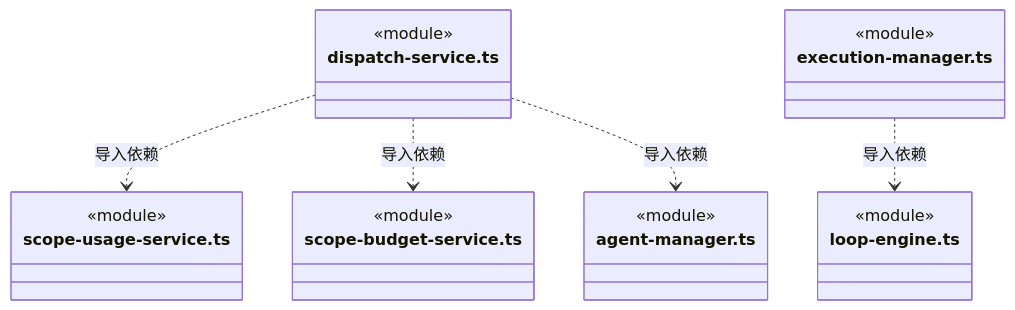
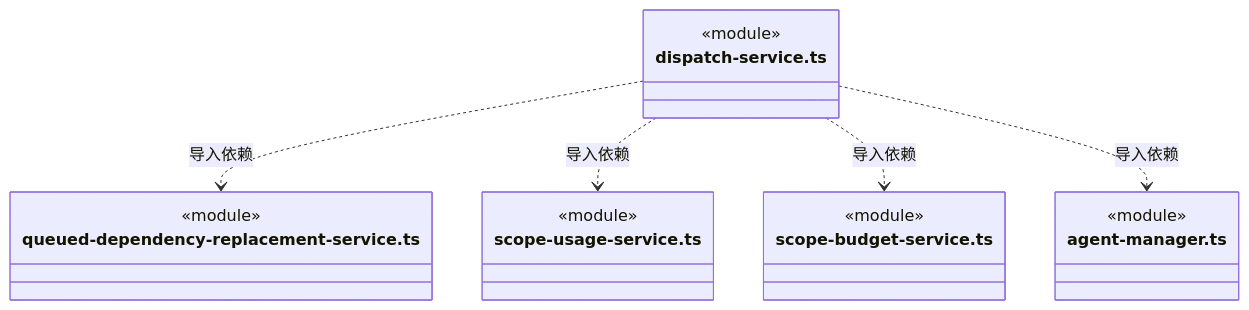
Diagram 42 of 52 in src/backend/scheduler-engine/execution/ARCHITECTURE.md (nan023062/cbim), drawn with Mermaid before and after one commit. The commit also changed other lines of this file and 56 other files, not shown here.

````diff
--- a/src/backend/scheduler-engine/execution/ARCHITECTURE.md
+++ b/src/backend/scheduler-engine/execution/ARCHITECTURE.md
@@ -1113,25 +1148,22 @@
 ```mermaid
 classDiagram
 class N_src_backend_scheduler_engine_execution_dispatch_service_ts["dispatch-service.ts"] {
+  <<module>>
+}
+class N_src_backend_scheduler_engine_execution_queued_dependency_replacement_service_ts["queued-dependency-replacement-service.ts"] {
   <<module>>
 }
 class N_src_backend_scheduler_engine_execution_scope_usage_service_ts["scope-usage-service.ts"] {
   <<module>>
 }
 class N_src_backend_scheduler_engine_execution_scope_budget_service_ts["scope-budget-service.ts"] {
   <<module>>
 }
 class N_src_backend_scheduler_engine_execution_agent_manager_ts["agent-manager.ts"] {
   <<module>>
 }
-class N_src_backend_scheduler_engine_execution_execution_manager_ts["execution-manager.ts"] {
-  <<module>>
-}
-class N_src_backend_scheduler_engine_execution_loop_engine_ts["loop-engine.ts"] {
-  <<module>>
-}
+N_src_backend_scheduler_engine_execution_dispatch_service_ts ..> N_src_backend_scheduler_engine_execution_queued_dependency_replacement_service_ts : 导入依赖
 N_src_backend_scheduler_engine_execution_dispatch_service_ts ..> N_src_backend_scheduler_engine_execution_scope_usage_service_ts : 导入依赖
 N_src_backend_scheduler_engine_execution_dispatch_service_ts ..> N_src_backend_scheduler_engine_execution_scope_budget_service_ts : 导入依赖
 N_src_backend_scheduler_engine_execution_dispatch_service_ts ..> N_src_backend_scheduler_engine_execution_agent_manager_ts : 导入依赖
-N_src_backend_scheduler_engine_execution_execution_manager_ts ..> N_src_backend_scheduler_engine_execution_loop_engine_ts : 导入依赖
 ```
````
